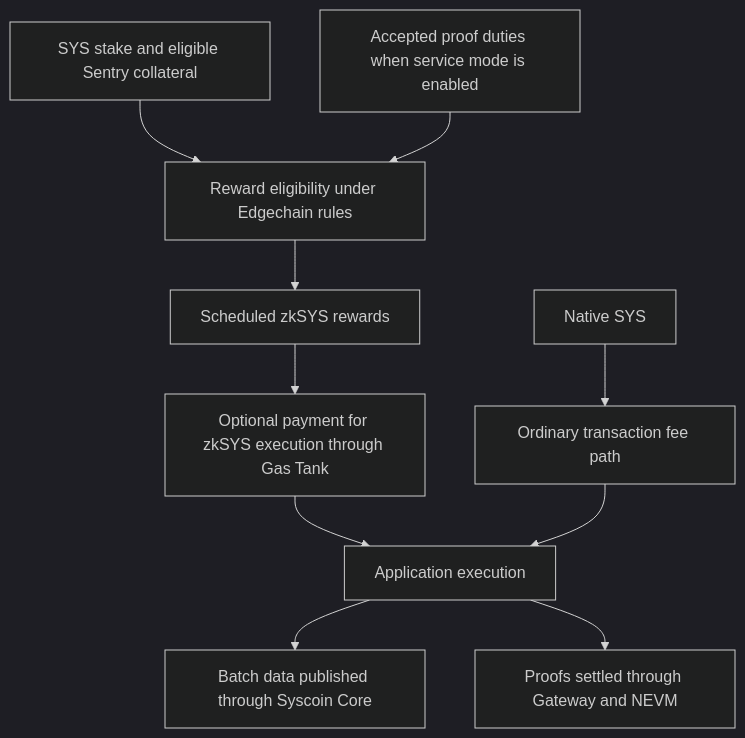
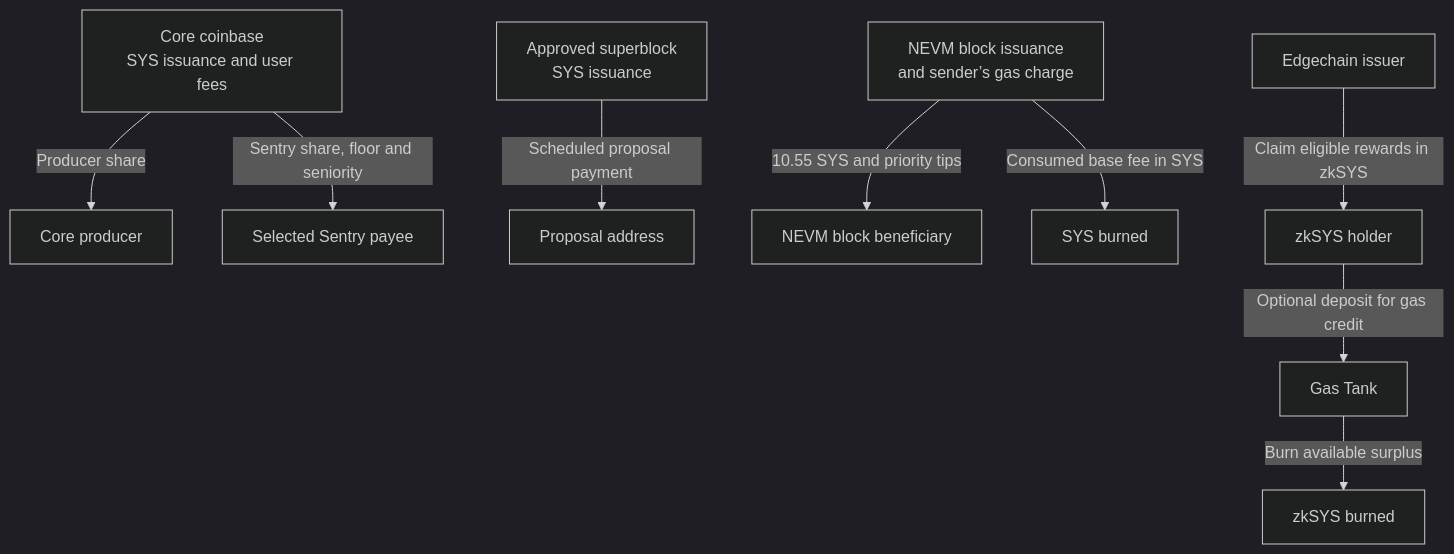
Before and after one commit to syscoin/sys-docs: the diagram in docs/architecture/modular-alignment.mdx, drawn with Mermaid (dark theme). The commit also changed other lines of this file and 22 other files, not shown here.

````diff
--- a/docs/architecture/modular-alignment.mdx
+++ b/docs/architecture/modular-alignment.mdx
@@ -28,14 +36,13 @@
 ```mermaid
 flowchart TD
-    accTitle: How Edgechain activity uses the base economy
-    accDescr: Eligible SYS stake, Sentry collateral, and optional proof duties feed scheduled zkSYS rewards. Accounts can pay for execution with gas credit or native SYS. Execution generates demand for Core publication and shared proof settlement.
-    BASE["SYS stake and eligible Sentry collateral"] --> WEIGHT["Reward eligibility under Edgechain rules"]
-    WORK["Accepted proof duties when service mode is enabled"] --> WEIGHT
-    WEIGHT --> REWARD["Scheduled zkSYS rewards"]
-    REWARD --> SPEND["Optional payment for zkSYS execution through Gas Tank"]
-    SYS["Native SYS"] --> NATIVE["Ordinary transaction fee path"]
-    SPEND --> USE["Application execution"]
-    NATIVE --> USE
-    USE --> DA["Batch data published through Syscoin Core"]
-    USE --> VERIFY["Proofs settled through Gateway and NEVM"]
+    accTitle: Where SYS and zkSYS payments go
+    accDescr: Released Core pays its block producer and selected Sentry from the ordinary subsidy and transaction fees. Approved superblock outputs pay proposal recipients. Released NEVM credits the block beneficiary with SYS issuance and priority tips and burns consumed base fees. The reference Edgechain issuer mints eligible rewards in zkSYS and the Gas Tank can burn its surplus.
+    Core["Core coinbase<br/>SYS issuance and user fees"] -->|"Producer share"| Producer["Core producer"]
+    Core -->|"Sentry share, floor and seniority"| Sentry["Selected Sentry payee"]
+    Budget["Approved superblock<br/>SYS issuance"] -->|"Scheduled proposal payment"| Grant["Proposal address"]
+    NEVM["NEVM block issuance<br/>and sender’s gas charge"] -->|"10.55 SYS and priority tips"| Beneficiary["NEVM block beneficiary"]
+    NEVM -->|"Consumed base fee in SYS"| Burn["SYS burned"]
+    Issuer["Edgechain issuer"] -->|"Claim eligible rewards in zkSYS"| Holder["zkSYS holder"]
+    Holder -->|"Optional deposit for gas credit"| Tank["Gas Tank"]
+    Tank -->|"Burn available surplus"| ZBurn["zkSYS burned"]
 ```
````
